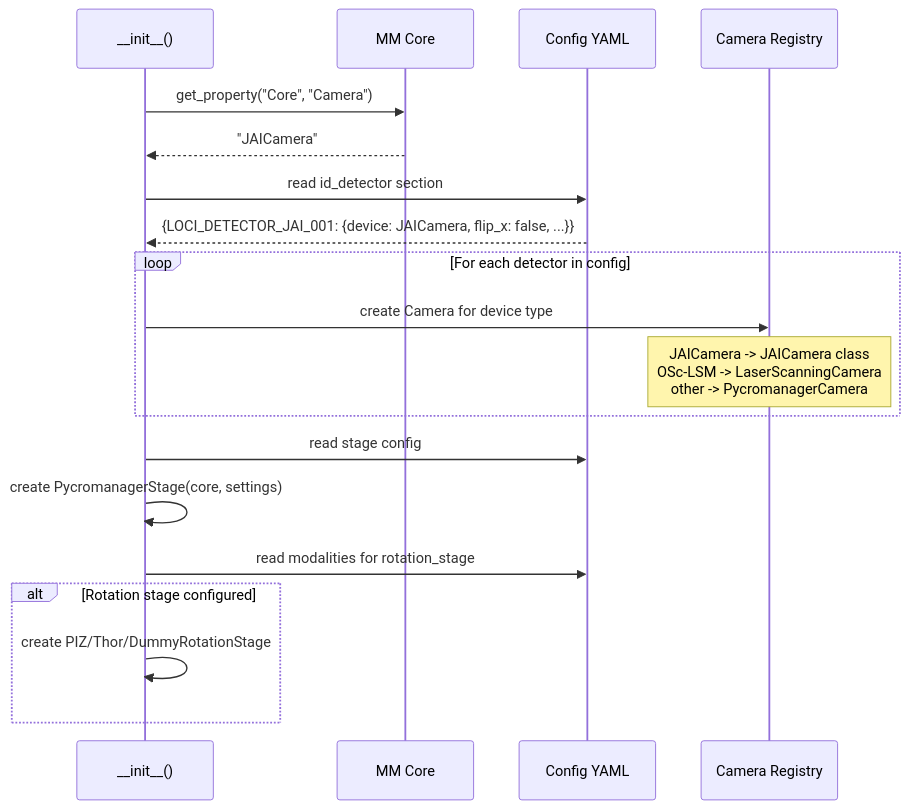
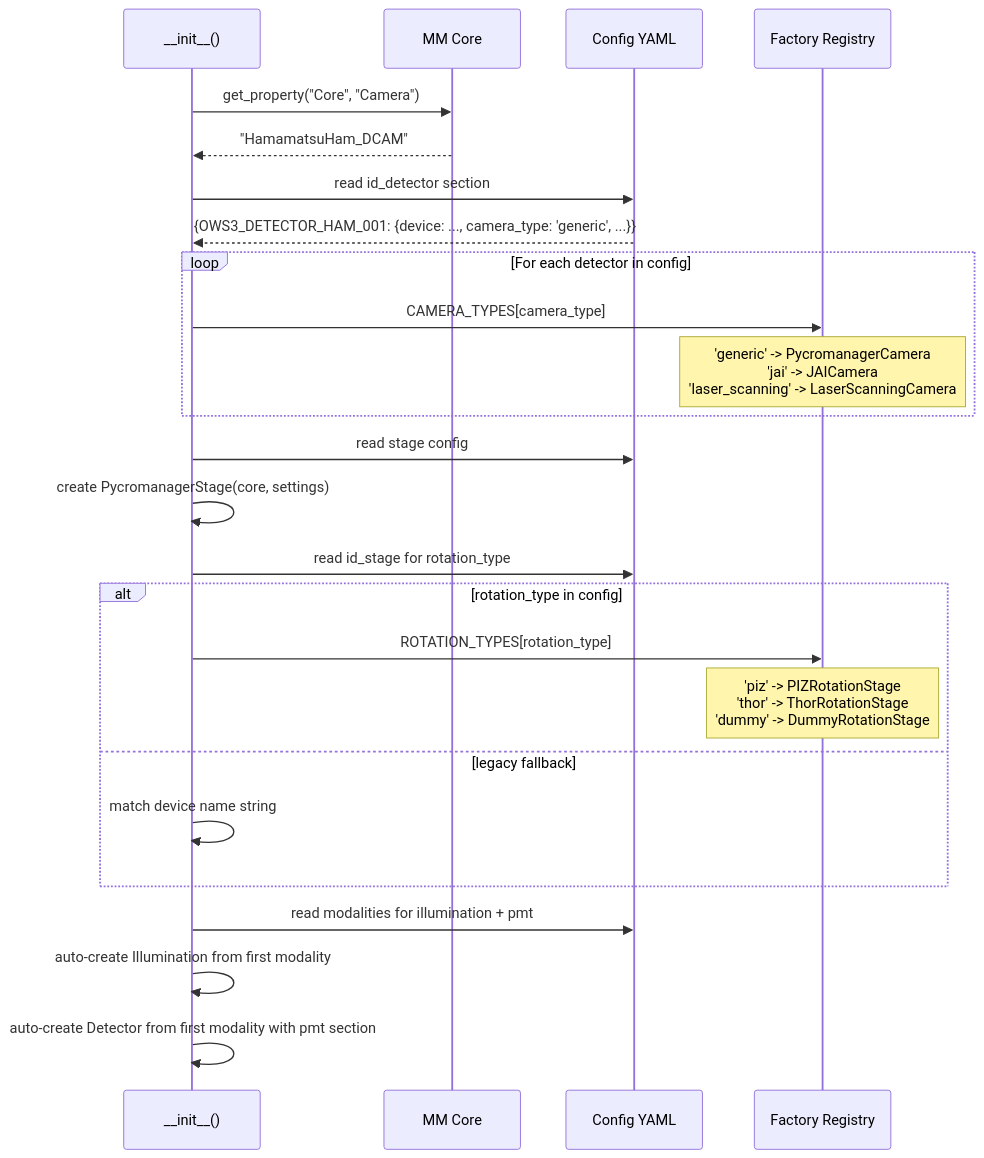
The second of 7 diagrams in documentation/developer/HARDWARE_ABSTRACTION.md (uw-loci/qupath-extension-qpsc), drawn with Mermaid before and after one commit. The commit also changed other lines of this file and 12 other files, not shown here.

````diff
--- a/documentation/developer/HARDWARE_ABSTRACTION.md
+++ b/documentation/developer/HARDWARE_ABSTRACTION.md
@@ -55,26 +57,33 @@
 ```mermaid
 sequenceDiagram
     participant Init as __init__()
     participant Core as MM Core
     participant YAML as Config YAML
-    participant Reg as Camera Registry
+    participant Reg as Factory Registry
 
     Init->>Core: get_property("Core", "Camera")
-    Core-->>Init: "JAICamera"
+    Core-->>Init: "HamamatsuHam_DCAM"
 
     Init->>YAML: read id_detector section
-    YAML-->>Init: {LOCI_DETECTOR_JAI_001: {device: JAICamera, flip_x: false, ...}}
+    YAML-->>Init: {OWS3_DETECTOR_HAM_001: {device: ..., camera_type: 'generic', ...}}
 
     loop For each detector in config
-        Init->>Reg: create Camera for device type
-        Note over Reg: JAICamera -> JAICamera class<br/>OSc-LSM -> LaserScanningCamera<br/>other -> PycromanagerCamera
+        Init->>Reg: CAMERA_TYPES[camera_type]
+        Note over Reg: 'generic' -> PycromanagerCamera<br/>'jai' -> JAICamera<br/>'laser_scanning' -> LaserScanningCamera
     end
 
     Init->>YAML: read stage config
     Init->>Init: create PycromanagerStage(core, settings)
 
-    Init->>YAML: read modalities for rotation_stage
-    alt Rotation stage configured
-        Init->>Init: create PIZ/Thor/DummyRotationStage
+    Init->>YAML: read id_stage for rotation_type
+    alt rotation_type in config
+        Init->>Reg: ROTATION_TYPES[rotation_type]
+        Note over Reg: 'piz' -> PIZRotationStage<br/>'thor' -> ThorRotationStage<br/>'dummy' -> DummyRotationStage
+    else legacy fallback
+        Init->>Init: match device name string
     end
+
+    Init->>YAML: read modalities for illumination + pmt
+    Init->>Init: auto-create Illumination from first modality
+    Init->>Init: auto-create Detector from first modality with pmt section
 ```
````
